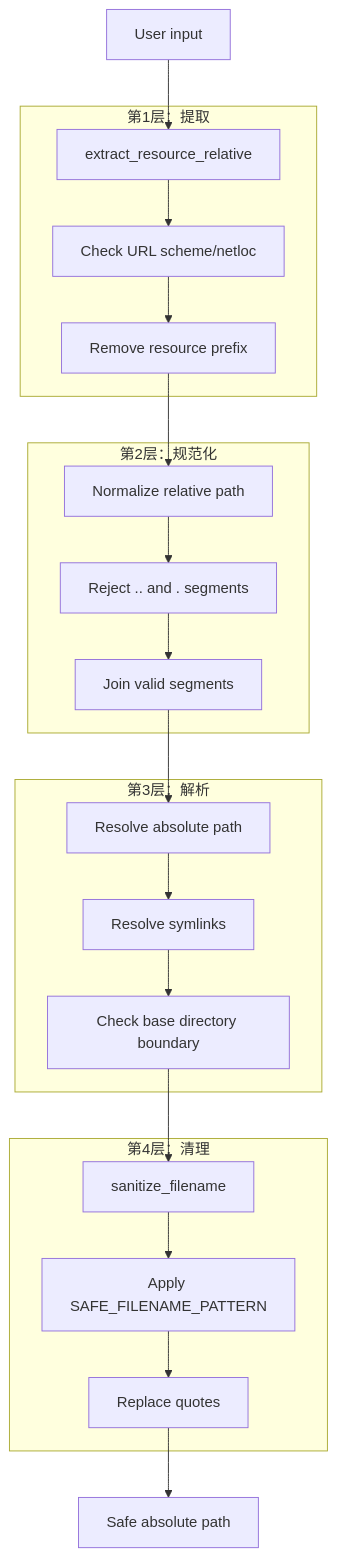
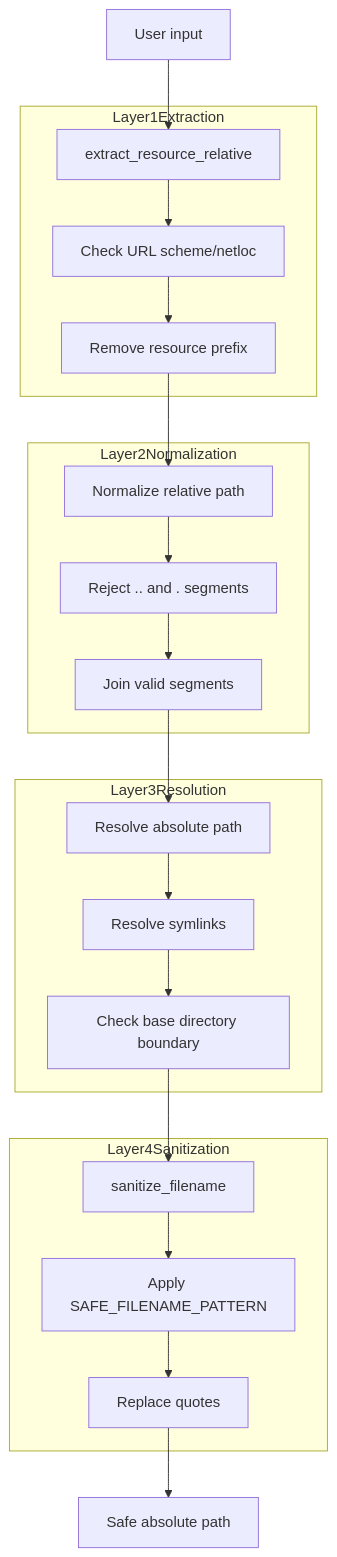
One commit to HKLHaoBin/LyricSphere changed diagram 25 of 44 in README.md. Above: the diagram before and after it, drawn with Mermaid. The commit also changed other lines of this file, not shown here.

First line of the commit message:
docs: 更新流程图中的文本格式和结构

````diff
--- a/README.md
+++ b/README.md
@@ -2373,40 +2370,40 @@
 ```mermaid
 flowchart TD
     UserInput["User input"]
     ExtractRelative["extract_resource_relative"]
     CheckScheme["Check URL scheme/netloc"]
     RemovePrefix["Remove resource prefix"]
     NormalizePath["Normalize relative path"]
     CheckDots["Reject .. and . segments"]
     JoinSegments["Join valid segments"]
     ResolveAbs["Resolve absolute path"]
     ResolveSymlinks["Resolve symlinks"]
     BoundaryCheck["Check base directory boundary"]
     SanitizeFilename["sanitize_filename"]
     CleanPattern["Apply SAFE_FILENAME_PATTERN"]
     ReplaceQuotes["Replace quotes"]
     SafePath["Safe absolute path"]
 
     UserInput --> ExtractRelative
     RemovePrefix --> NormalizePath
     JoinSegments --> ResolveAbs
     BoundaryCheck --> SanitizeFilename
     ReplaceQuotes --> SafePath
 
-    subgraph Layer4Sanitization[第4层：清理]
+    subgraph Layer4Sanitization
         SanitizeFilename --> CleanPattern --> ReplaceQuotes
     end
 
-    subgraph Layer3Resolution[第3层：解析]
+    subgraph Layer3Resolution
         ResolveAbs --> ResolveSymlinks --> BoundaryCheck
     end
 
-    subgraph Layer2Normalization[第2层：规范化]
+    subgraph Layer2Normalization
         NormalizePath --> CheckDots --> JoinSegments
     end
 
-    subgraph Layer1Extraction[第1层：提取]
+    subgraph Layer1Extraction
         ExtractRelative --> CheckScheme --> RemovePrefix
     end
 
 ```
````
